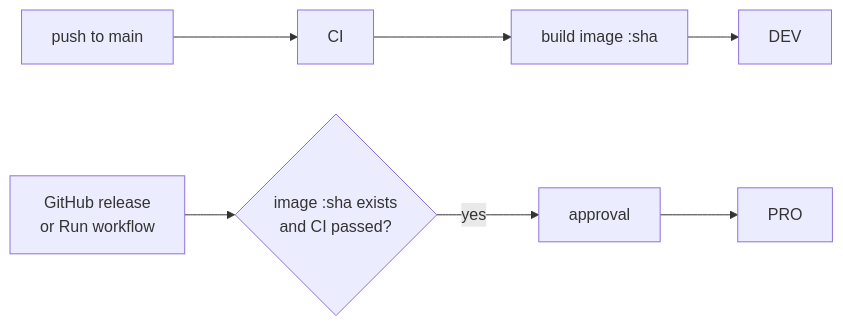
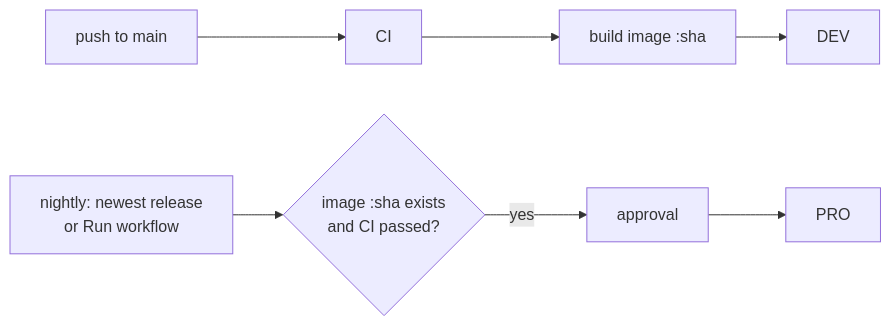
One commit to arnedb/signa changed the diagram in docs/DEPLOY.md. Above: the diagram before and after it, drawn with Mermaid. The commit also changed other lines of this file and 2 other files, not shown here.

First line of the commit message:
Deploy new releases to PRO at night

````diff
--- a/docs/DEPLOY.md
+++ b/docs/DEPLOY.md
@@ -18,5 +18,5 @@
 ```mermaid
 flowchart LR
   push[push to main] --> CI --> build["build image :sha"] --> dev[DEV]
-  release[GitHub release<br/>or Run workflow] --> check{image :sha exists<br/>and CI passed?} -- yes --> approve[approval] --> pro[PRO]
+  release[nightly: newest release<br/>or Run workflow] --> check{image :sha exists<br/>and CI passed?} -- yes --> approve[approval] --> pro[PRO]
 ```
````
